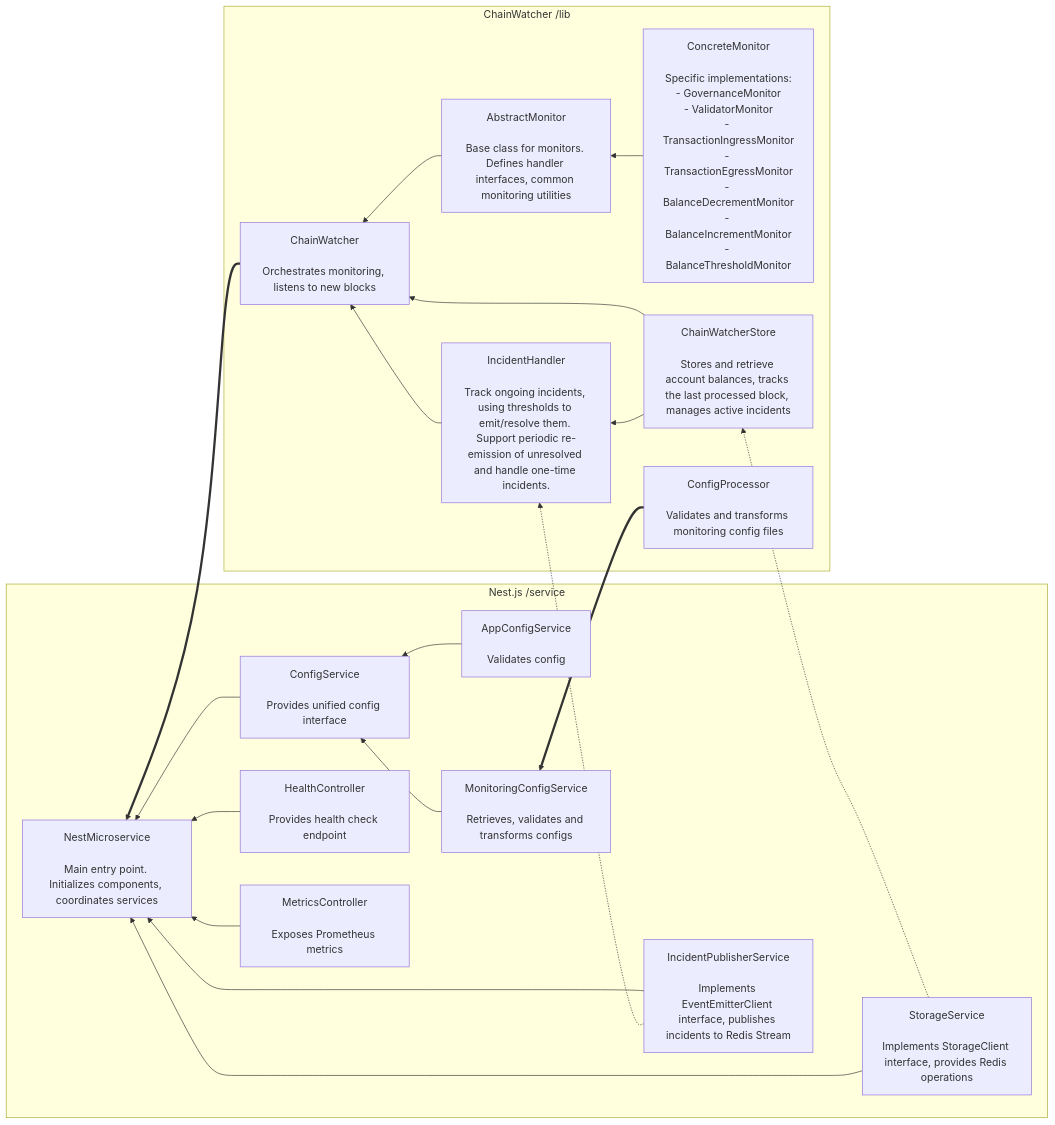
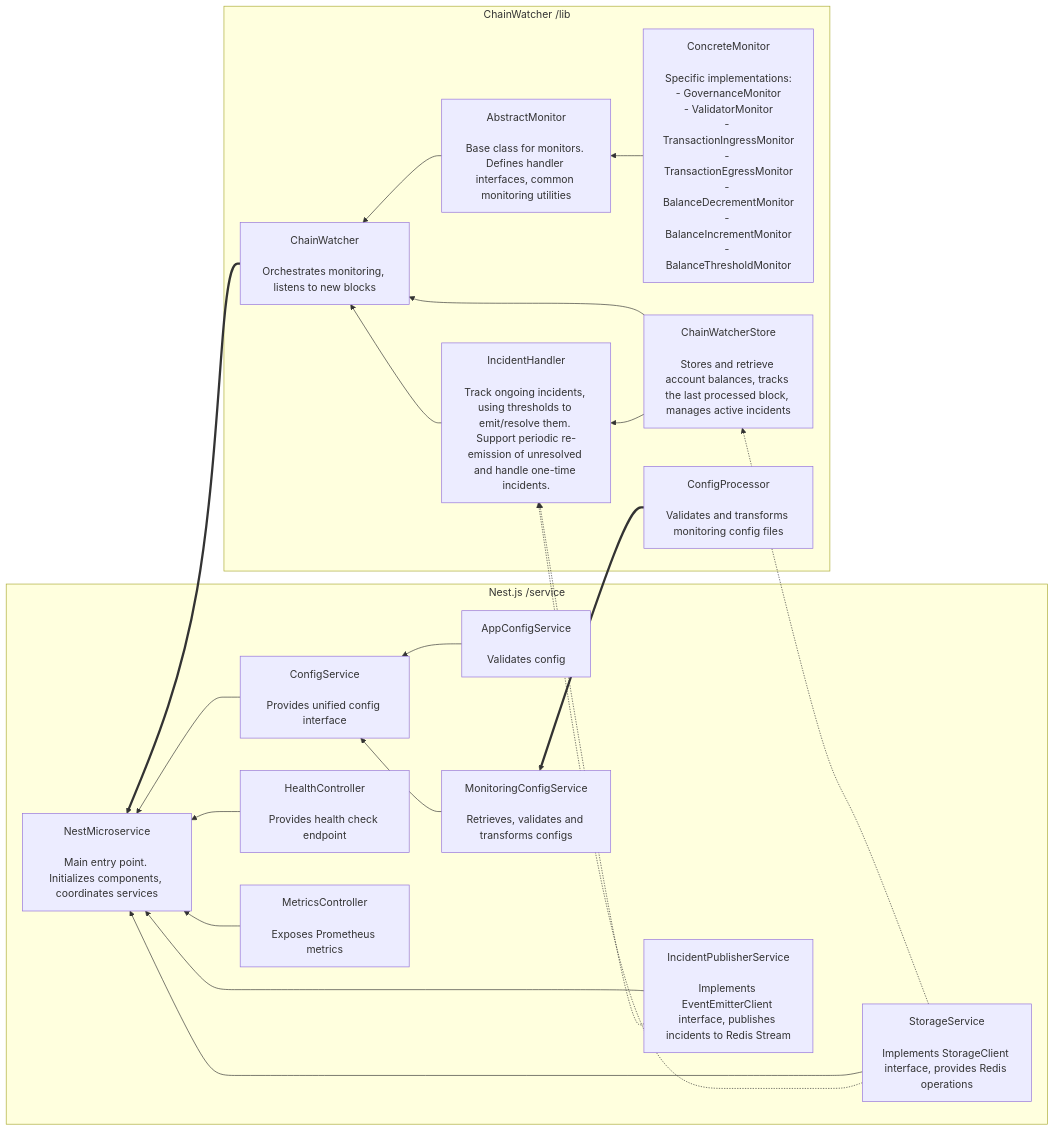
Before and after one commit to w3f/polguard: the diagram in packages/chain-watcher/README.md, drawn with Mermaid. The commit also changed other lines of this file and 9 other files, not shown here.

````diff
--- a/packages/chain-watcher/README.md
+++ b/packages/chain-watcher/README.md
@@ -7,40 +7,41 @@
 ```mermaid
 flowchart RL
     subgraph NestClasses["Nest.js /service"]
         A[NestMicroservice<br><br>Main entry point. Initializes components, coordinates services]
         B[ConfigService<br><br>Provides unified config interface]
         C[AppConfigService<br><br>Validates config]
         D[MonitoringConfigService<br><br>Retrieves, validates and transforms configs]
         E[StorageService<br><br>Implements StorageClient interface, provides Redis operations]
         F[HealthController<br><br>Provides health check endpoint]
         G[MetricsController<br><br>Exposes Prometheus metrics]
         I[IncidentPublisherService<br><br>Implements EventEmitterClient interface, publishes incidents to Redis Stream]
     end
 
     subgraph ChainWatcherClasses["ChainWatcher /lib"]
         J[ChainWatcher<br><br>Orchestrates monitoring, listens to new blocks]
         K[AbstractMonitor<br><br>Base class for monitors. Defines handler interfaces, common monitoring utilities]
         L[ConcreteMonitor<br><br>Specific implementations:<br>- GovernanceMonitor<br>- ValidatorMonitor<br>- TransactionIngressMonitor<br>- TransactionEgressMonitor<br>- BalanceDecrementMonitor<br>- BalanceIncrementMonitor<br>- BalanceThresholdMonitor]
         M[IncidentHandler<br><br>Track ongoing incidents, using thresholds to emit/resolve them. Support periodic re-emission of unresolved and handle one-time incidents.]
         N[ChainWatcherStore<br><br>Stores and retrieve account balances, tracks the last processed block, manages active incidents]
         O[ConfigProcessor<br><br>Validates and transforms monitoring config files]
     end
 
     D --> B
     C --> B
     B --> A
     E -.-> N
     E --> A
+    E -.-> M
     I --> A
     F --> A
     G --> A
 
     J ==> A
     K --> J
     L --> K
     M --> J
     N --> J
     N --> M
     O ==> D
     I -.-> M
 ```
````
